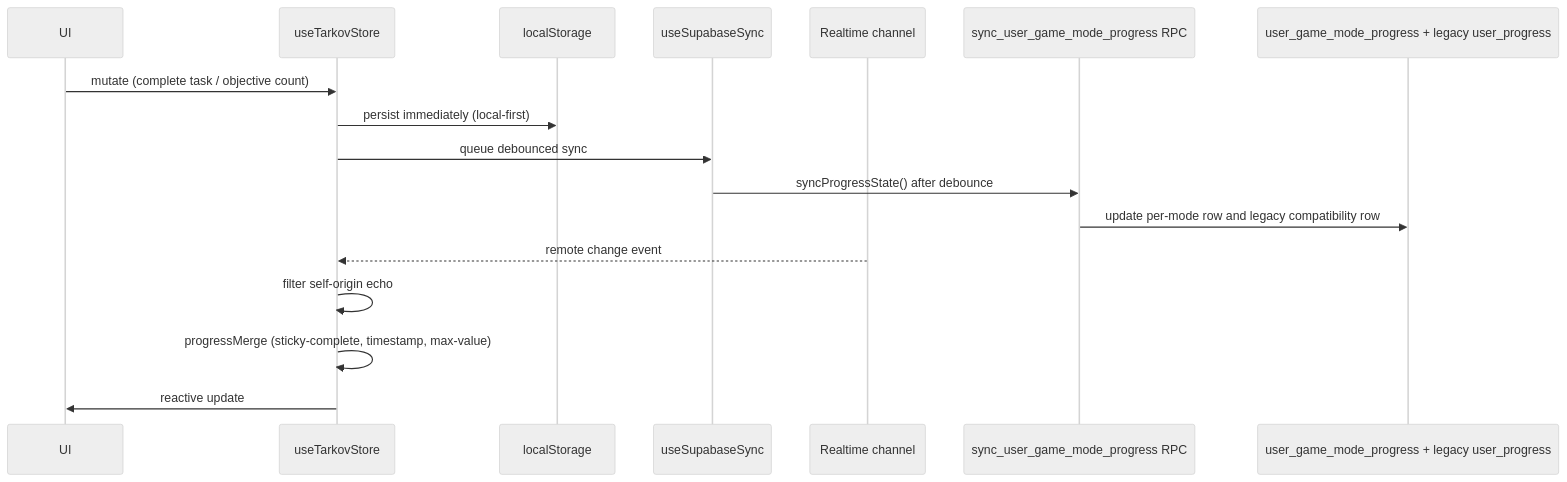
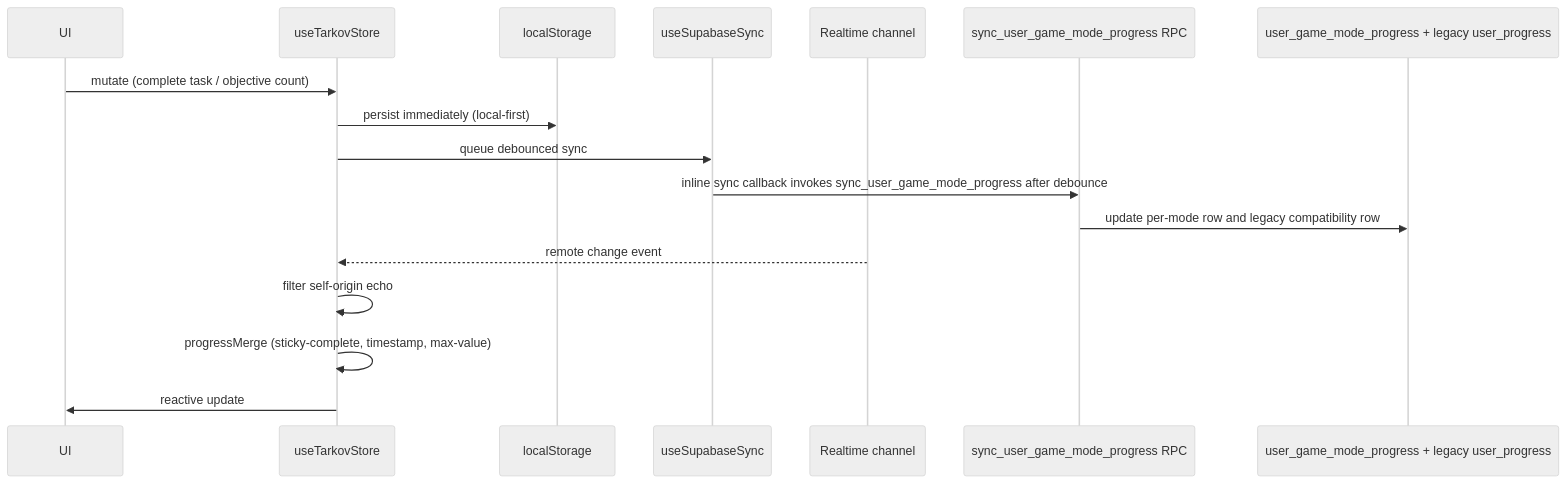
The third of 9 diagrams in docs/agent-context/summary/workflows.md (tarkovtracker-org/TarkovTracker), drawn with Mermaid (neutral theme) before and after one commit. The commit also changed 2 other files, not shown here.

Commit message:
docs(docs): correct agent-context summaries for IP audit, overlay, hideout, sync, Discord
- components: describe account activity endpoint as IP/security audit,
  not manual gameplay activity auditing
- components: attribute hideout URL-query route sync to useHideoutRouteSync
- components: clarify discord-unlink revokes roles; identity unlink is
  Supabase Auth client-side
- interfaces: point /overlay/* readers at the rendered-overlay Nitro
  route handler, not just the streamer JSON API directory
- interfaces: separate Discord edge-function role sync from the
  Supabase Auth OAuth identity link/unlink flow
- workflows: relabel the debounced progress sync step as the inline
  sync callback calling sync_user_game_mode_progress directly

````diff
--- a/docs/agent-context/summary/workflows.md
+++ b/docs/agent-context/summary/workflows.md
@@ -62,20 +62,20 @@
 ```mermaid
 sequenceDiagram
     participant UI
     participant Tarkov as useTarkovStore
     participant LS as localStorage
     participant Sync as useSupabaseSync
     participant RT as Realtime channel
     participant RPC as sync_user_game_mode_progress RPC
     participant DB as user_game_mode_progress + legacy user_progress
 
     UI->>Tarkov: mutate (complete task / objective count)
     Tarkov->>LS: persist immediately (local-first)
     Tarkov->>Sync: queue debounced sync
-    Sync->>RPC: syncProgressState() after debounce
+    Sync->>RPC: inline sync callback invokes sync_user_game_mode_progress after debounce
     RPC->>DB: update per-mode row and legacy compatibility row
     RT-->>Tarkov: remote change event
     Tarkov->>Tarkov: filter self-origin echo
     Tarkov->>Tarkov: progressMerge (sticky-complete, timestamp, max-value)
     Tarkov->>UI: reactive update
 ```
````
